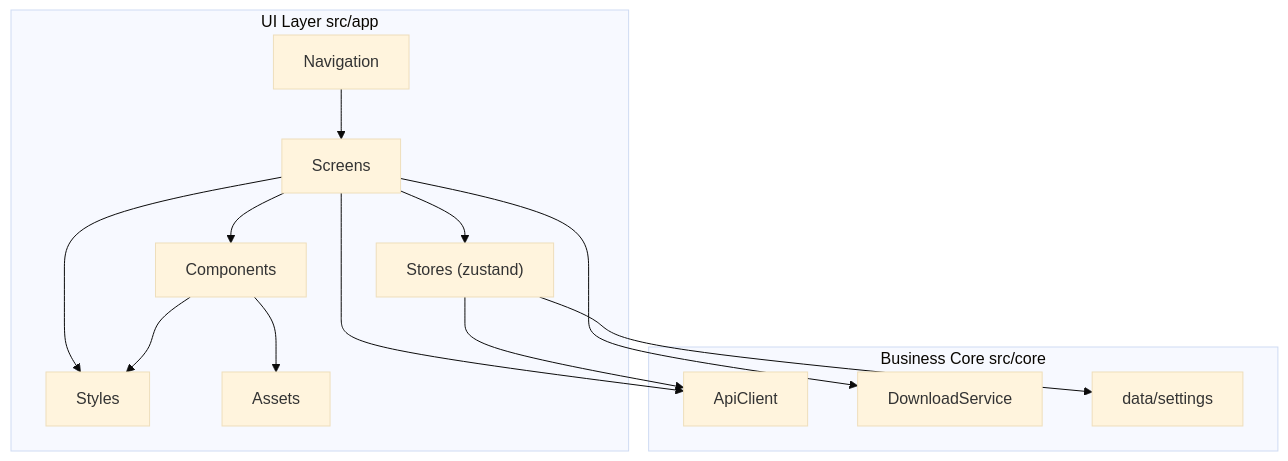
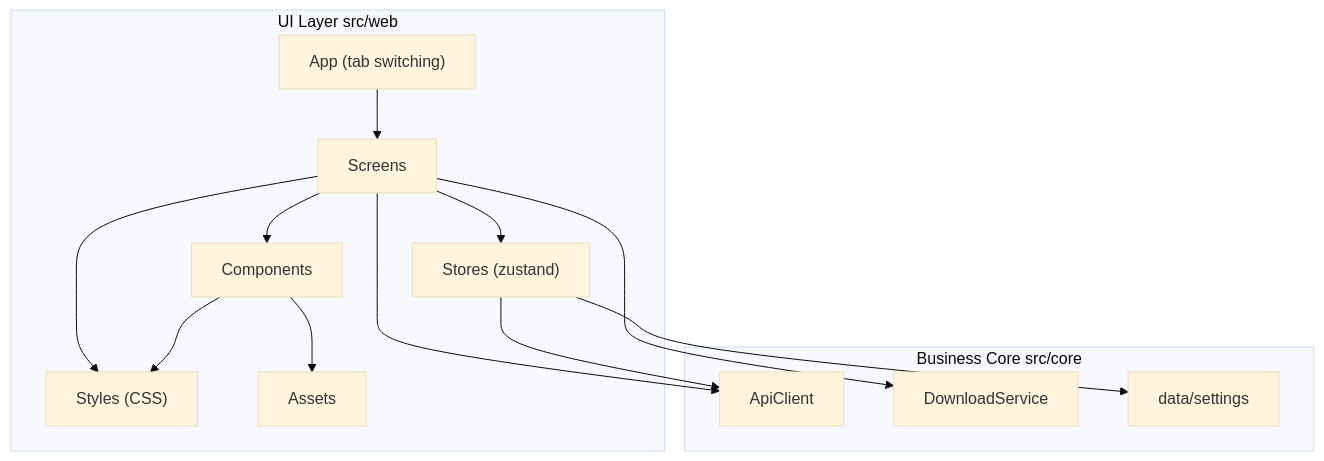
The first of 2 diagrams in docs/en/architecture/ui.md (aDarkMaker/JMFM), drawn with Mermaid (base theme) before and after one commit. The commit also changed other lines of this file and 27 other files, not shown here.

Commit message:
docs: migrate architecture docs to capacitor stack

````diff
--- a/docs/en/architecture/ui.md
+++ b/docs/en/architecture/ui.md
@@ -7,28 +7,28 @@
 ```mermaid
 flowchart TB
-    subgraph ui [UI Layer src/app]
-        nav["Navigation"]
+    subgraph ui [UI Layer src/web]
+        app["App (tab switching)"]
         screens["Screens"]
         stores["Stores (zustand)"]
         components["Components"]
-        styles["Styles"]
+        styles["Styles (CSS)"]
         assets["Assets"]
-        nav --> screens
+        app --> screens
         screens --> stores
         screens --> components
         screens --> styles
         components --> styles
         components --> assets
     end
 
     subgraph core [Business Core src/core]
         api["ApiClient"]
         dl["DownloadService"]
         settings["data/settings"]
     end
 
     stores --> settings
     screens --> api
     screens --> dl
     stores --> api
 ```
````
